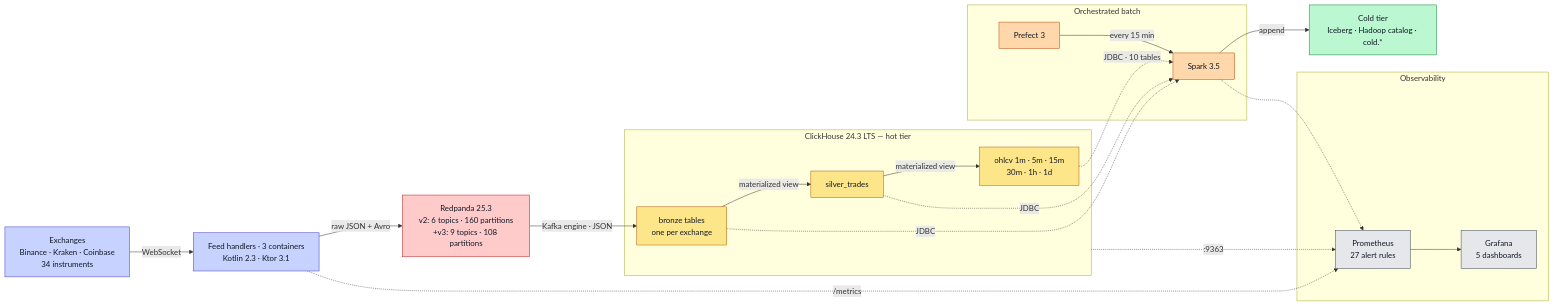
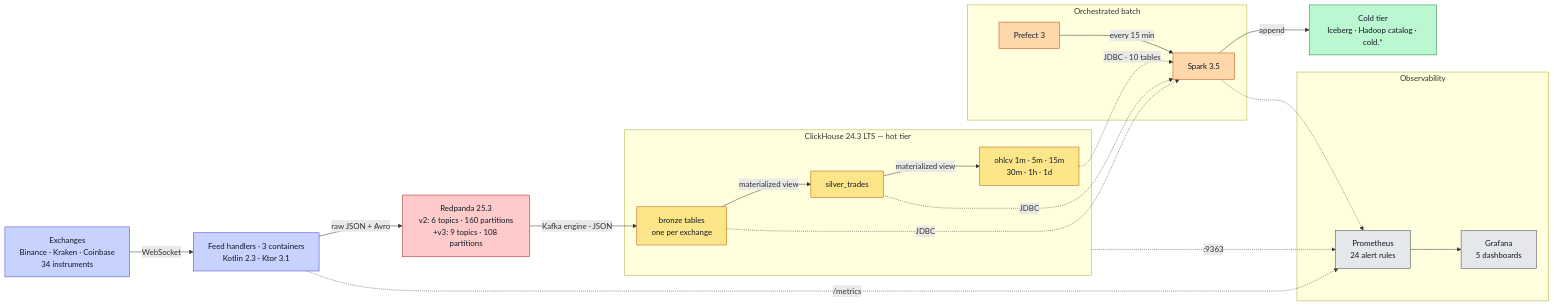
Before and after one commit to rjdscott/k2-market-data-platform: the first of 2 diagrams in README.md, drawn with Mermaid. The commit also changed other lines of this file and 10 other files, not shown here.

````diff
--- a/README.md
+++ b/README.md
@@ -32,42 +32,42 @@
 ```mermaid
 flowchart LR
   E["Exchanges<br/>Binance · Kraken · Coinbase<br/>34 instruments"]:::kt
   F["Feed handlers · 3 containers<br/>Kotlin 2.3 · Ktor 3.1"]:::kt
   R["Redpanda 25.3<br/>v2: 6 topics · 160 partitions<br/>+v3: 9 topics · 108 partitions"]:::rp
   subgraph CH["ClickHouse 24.3 LTS — hot tier"]
     B["bronze tables<br/>one per exchange"]:::ch
     S["silver_trades"]:::ch
     G["ohlcv 1m · 5m · 15m<br/>30m · 1h · 1d"]:::ch
   end
   subgraph BATCH["Orchestrated batch"]
     P["Prefect 3"]:::sp
     K["Spark 3.5"]:::sp
   end
   I["Cold tier<br/>Iceberg · Hadoop catalog · cold.*"]:::st
   subgraph OBS["Observability"]
-    M["Prometheus<br/>27 alert rules"]:::ob
+    M["Prometheus<br/>24 alert rules"]:::ob
     D["Grafana<br/>5 dashboards"]:::ob
   end
 
   E -->|WebSocket| F
   F -->|"raw JSON + Avro"| R
   R -->|"Kafka engine · JSON"| B
   B -->|materialized view| S
   S -->|materialized view| G
   P -->|every 15 min| K
   B -.->|JDBC| K
   S -.->|JDBC| K
   G -.->|"JDBC · 10 tables"| K
   K -->|append| I
   F -.->|/metrics| M
   CH -.->|:9363| M
   K -.-> M
   M --> D
 
   classDef kt fill:#c7d2fe,stroke:#4338ca,color:#111827
   classDef rp fill:#fecaca,stroke:#b91c1c,color:#111827
   classDef ch fill:#fde68a,stroke:#b45309,color:#111827
   classDef sp fill:#fed7aa,stroke:#c2410c,color:#111827
   classDef st fill:#bbf7d0,stroke:#15803d,color:#111827
   classDef ob fill:#e5e7eb,stroke:#374151,color:#111827
 ```
````
